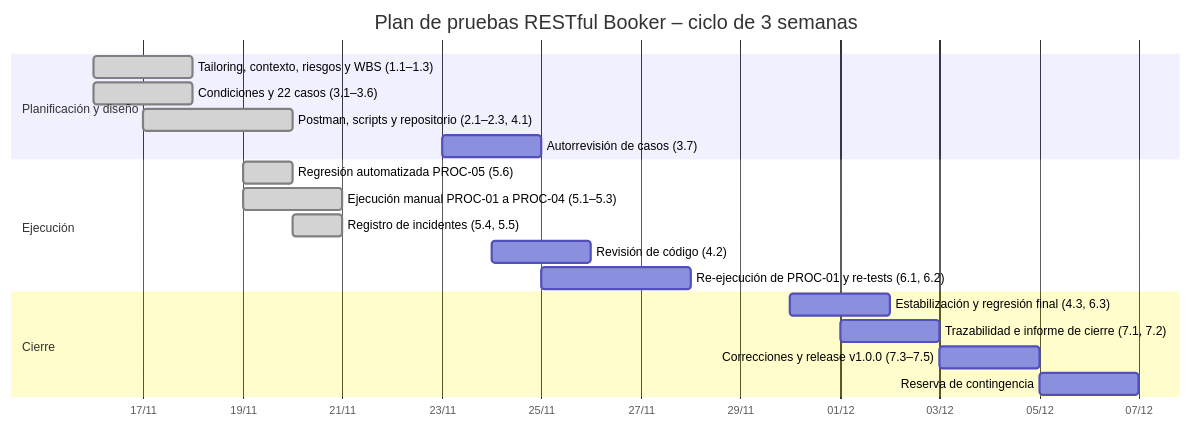
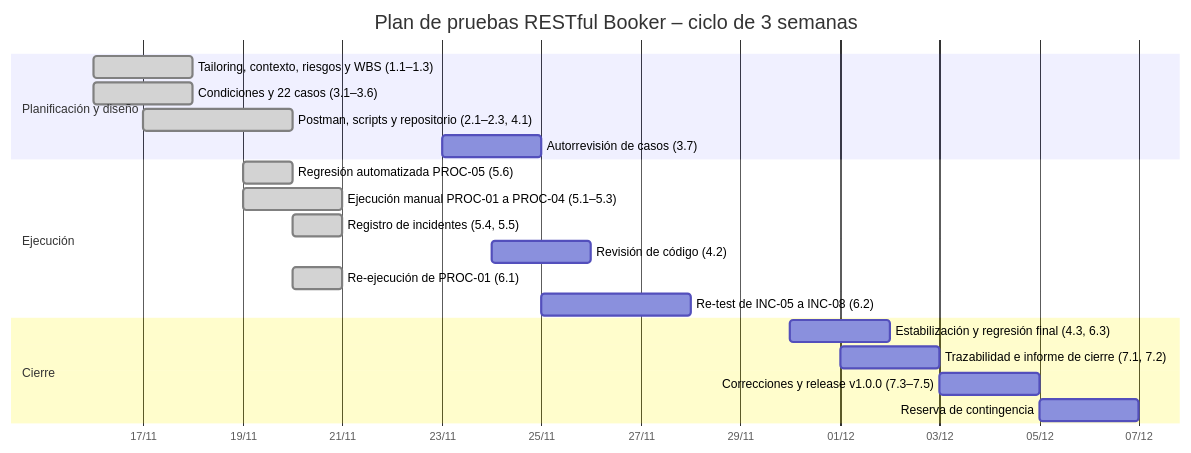
The second of 2 diagrams in docs/plan-de-pruebas.md (SusanaRomero/plan-pruebas-restful-booker), drawn with Mermaid before and after one commit. The commit also changed other lines of this file and 1 other file, not shown here.

Commit message:
docs(plan): v1.3 con re-test de INC-01 a INC-04

````diff
--- a/docs/plan-de-pruebas.md
+++ b/docs/plan-de-pruebas.md
@@ -1010,22 +1011,23 @@
 ```mermaid
 gantt
     title Plan de pruebas RESTful Booker – ciclo de 3 semanas
     dateFormat YYYY-MM-DD
     axisFormat %d/%m
     section Planificación y diseño
     Tailoring, contexto, riesgos y WBS (1.1–1.3)        :done, a1, 2026-11-16, 2d
     Condiciones y 22 casos (3.1–3.6)                     :done, a2, 2026-11-16, 2d
     Postman, scripts y repositorio (2.1–2.3, 4.1)        :done, a3, 2026-11-17, 3d
     Autorrevisión de casos (3.7)                         :a4, 2026-11-23, 2d
     section Ejecución
     Regresión automatizada PROC-05 (5.6)                 :done, b1, 2026-11-19, 1d
     Ejecución manual PROC-01 a PROC-04 (5.1–5.3)         :done, b2, 2026-11-19, 2d
     Registro de incidentes (5.4, 5.5)                    :done, b3, 2026-11-20, 1d
     Revisión de código (4.2)                             :b4, 2026-11-24, 2d
-    Re-ejecución de PROC-01 y re-tests (6.1, 6.2)        :b5, 2026-11-25, 3d
+    Re-ejecución de PROC-01 (6.1)                        :done, b5, 2026-11-20, 1d
+    Re-test de INC-05 a INC-08 (6.2)                     :b6, 2026-11-25, 3d
     section Cierre
     Estabilización y regresión final (4.3, 6.3)          :c1, 2026-11-30, 2d
     Trazabilidad e informe de cierre (7.1, 7.2)          :c2, 2026-12-01, 2d
     Correcciones y release v1.0.0 (7.3–7.5)              :c3, 2026-12-03, 2d
     Reserva de contingencia                              :c4, 2026-12-05, 2d
 ```
````
